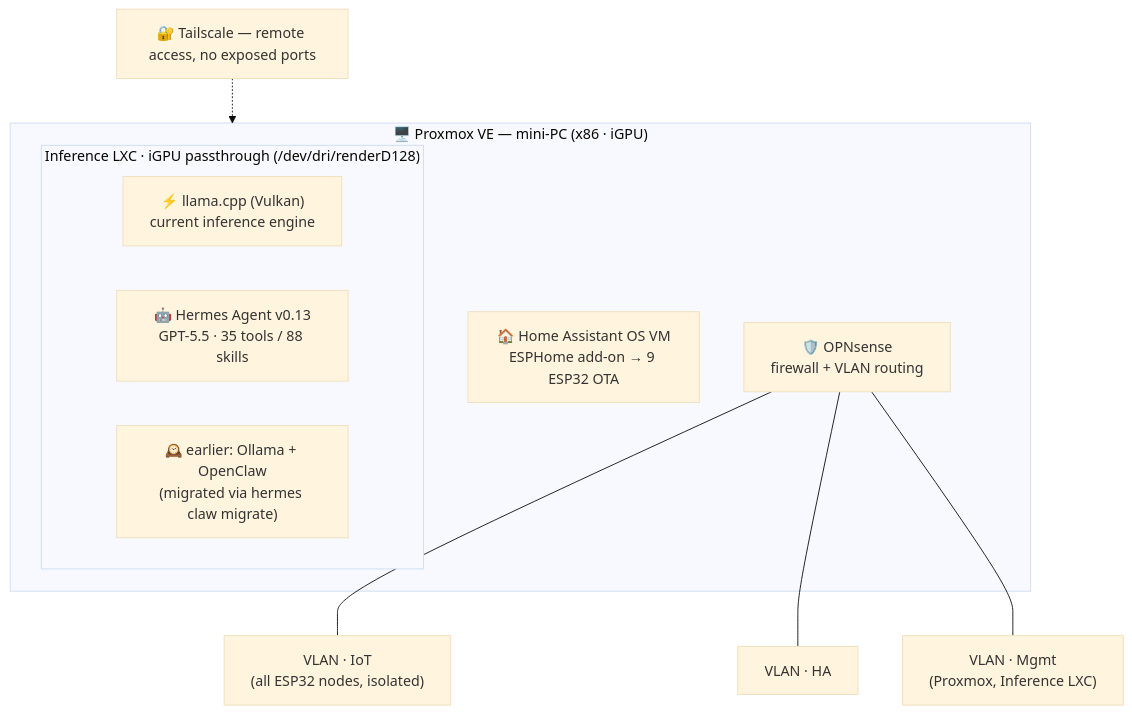
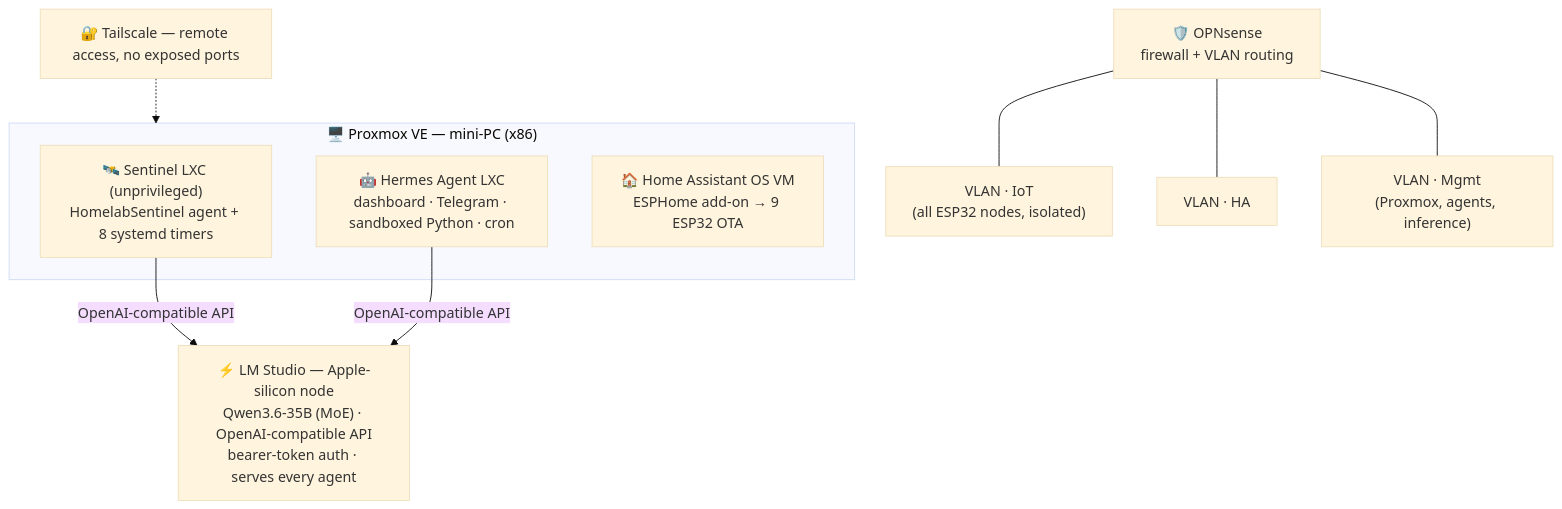
Before and after one commit to naveen6gowda/Portfolio: the third of 6 diagrams in README.md, drawn with Mermaid (base theme). The commit also changed other lines of this file and 8 other files, not shown here.

````diff
--- a/README.md
+++ b/README.md
@@ -153,17 +170,18 @@
 ```mermaid
 flowchart TD
-    subgraph HOST["🖥️ Proxmox VE — mini-PC (x86 · iGPU)"]
-        subgraph INF["Inference LXC · iGPU passthrough (/dev/dri/renderD128)"]
-            LLAMA["⚡ llama.cpp (Vulkan)<br/>current inference engine"]
-            HERMES["🤖 Hermes Agent v0.13<br/>GPT-5.5 · 35 tools / 88 skills"]
-            OLD["🕰️ earlier: Ollama + OpenClaw<br/>(migrated via hermes claw migrate)"]
-        end
+    subgraph HOST["🖥️ Proxmox VE — mini-PC (x86)"]
+        SENT["🛰️ Sentinel LXC (unprivileged)<br/>HomelabSentinel agent + 8 systemd timers"]
+        HERM["🤖 Hermes Agent LXC<br/>dashboard · Telegram · sandboxed Python · cron"]
         HAOS["🏠 Home Assistant OS VM<br/>ESPHome add-on → 9 ESP32 OTA"]
-        OPN["🛡️ OPNsense<br/>firewall + VLAN routing"]
     end
 
+    LMS["⚡ LM Studio — Apple-silicon node<br/>Qwen3.6-35B (MoE) · OpenAI-compatible API<br/>bearer-token auth · serves every agent"]
+    OPN["🛡️ OPNsense<br/>firewall + VLAN routing"]
+
+    SENT -->|"OpenAI-compatible API"| LMS
+    HERM -->|"OpenAI-compatible API"| LMS
     OPN --- IOT["VLAN · IoT<br/>(all ESP32 nodes, isolated)"]
     OPN --- VHA["VLAN · HA"]
-    OPN --- MGMT["VLAN · Mgmt<br/>(Proxmox, Inference LXC)"]
+    OPN --- MGMT["VLAN · Mgmt<br/>(Proxmox, agents, inference)"]
     TS["🔐 Tailscale — remote access, no exposed ports"] -.-> HOST
 ```
````
